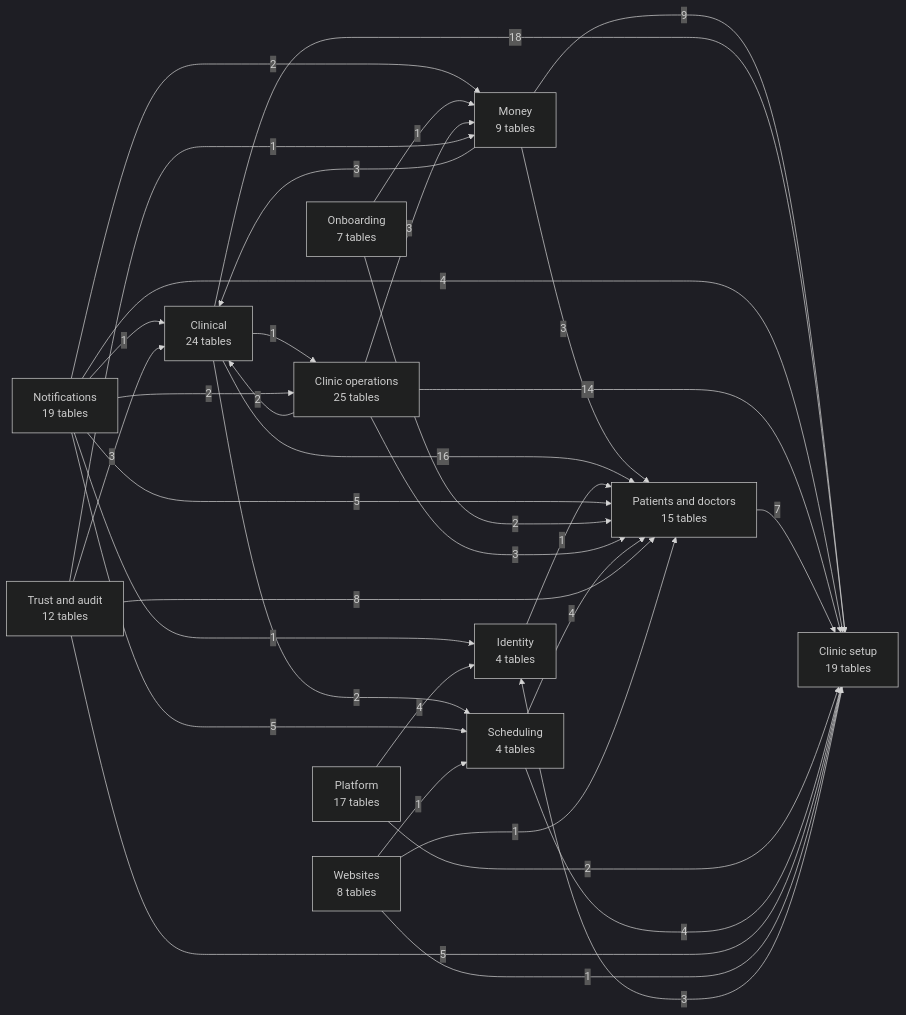
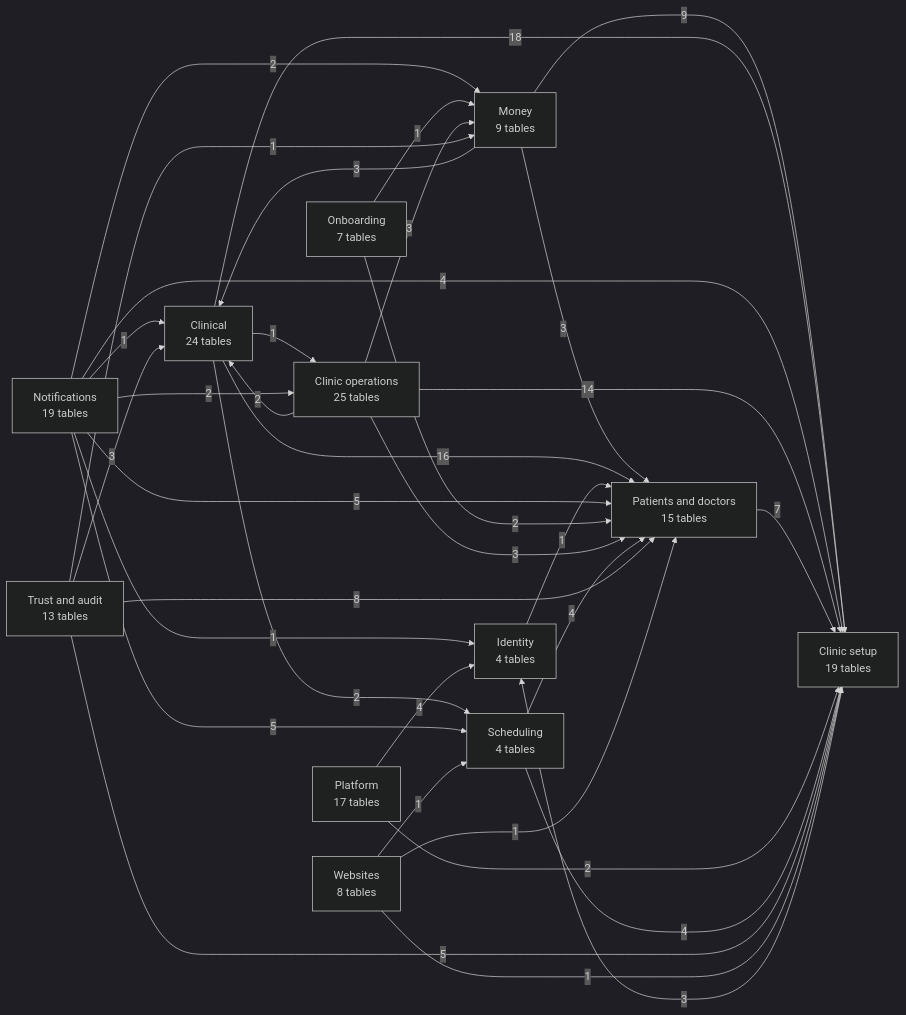
The first of 13 diagrams in docs/database.md (sakalyatechnologies/aarogyam), drawn with Mermaid (dark theme) before and after one commit. The commit also changed other lines of this file and 14 other files, not shown here.

````diff
--- a/docs/database.md
+++ b/docs/database.md
@@ -27,49 +27,49 @@
 ```mermaid
 flowchart LR
   platform["Platform<br/>17 tables"]
   iam["Identity<br/>4 tables"]
   tenancy["Clinic setup<br/>19 tables"]
   people["Patients and doctors<br/>15 tables"]
   scheduling["Scheduling<br/>4 tables"]
   clinical["Clinical<br/>24 tables"]
   ops["Clinic operations<br/>25 tables"]
   billing["Money<br/>9 tables"]
   notify["Notifications<br/>19 tables"]
   web["Websites<br/>8 tables"]
-  trust["Trust and audit<br/>12 tables"]
+  trust["Trust and audit<br/>13 tables"]
   onboarding["Onboarding<br/>7 tables"]
   billing -->|3| clinical
   billing -->|3| people
   billing -->|9| tenancy
   clinical -->|1| ops
   clinical -->|16| people
   clinical -->|2| scheduling
   clinical -->|18| tenancy
   iam -->|1| people
   notify -->|2| billing
   notify -->|1| clinical
   notify -->|1| iam
   notify -->|2| ops
   notify -->|5| people
   notify -->|5| scheduling
   notify -->|4| tenancy
   onboarding -->|1| billing
   onboarding -->|2| people
   ops -->|3| billing
   ops -->|2| clinical
   ops -->|3| people
   ops -->|14| tenancy
   people -->|7| tenancy
   platform -->|4| iam
   platform -->|2| tenancy
   scheduling -->|4| people
   scheduling -->|4| tenancy
   tenancy -->|3| iam
   trust -->|1| billing
   trust -->|3| clinical
   trust -->|8| people
   trust -->|5| tenancy
   web -->|1| people
   web -->|1| scheduling
   web -->|1| tenancy
 ```
````
